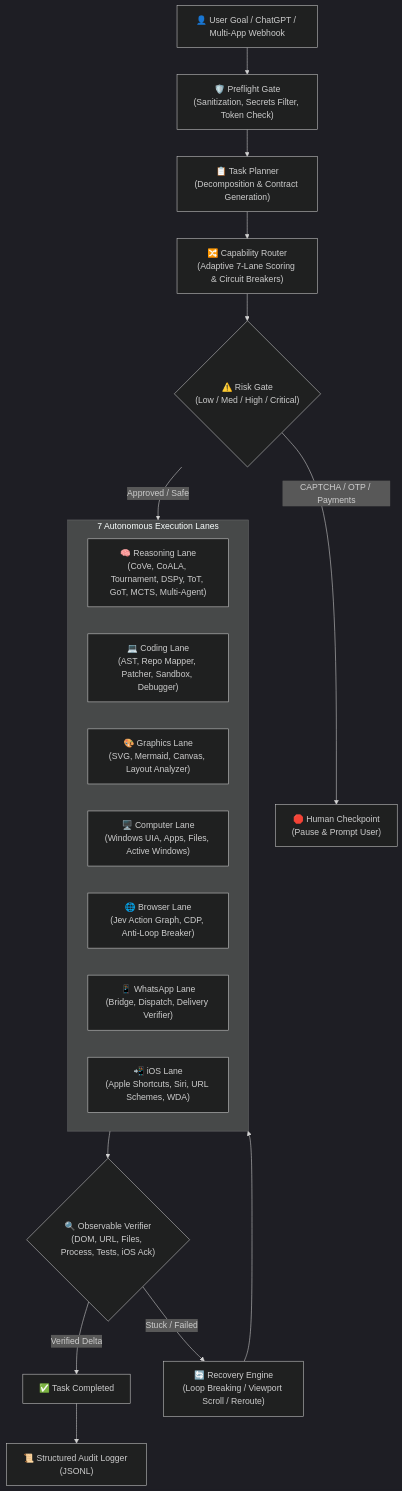
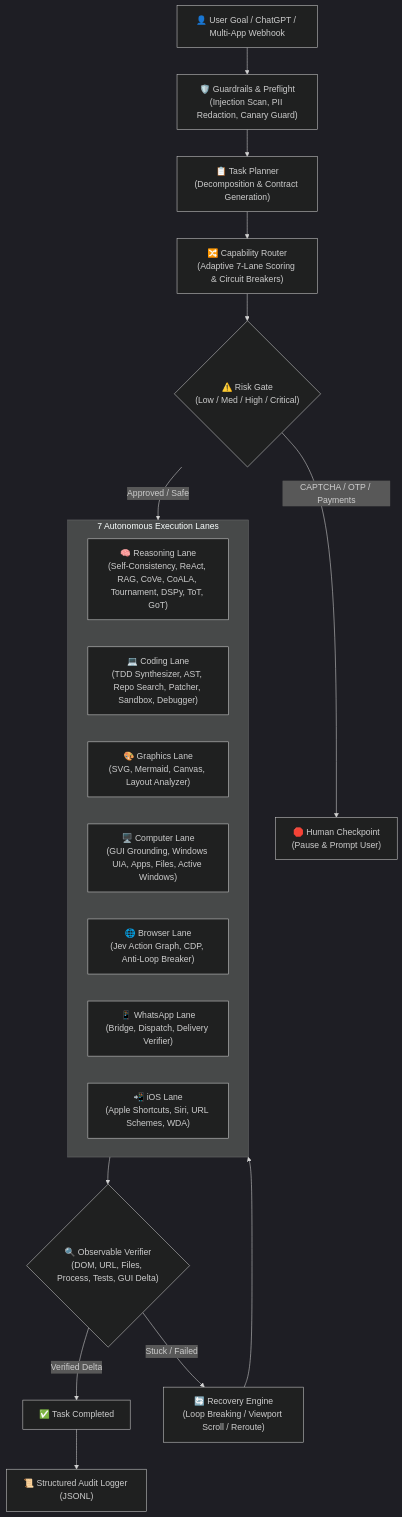
The diagram in README.md (kosif199022-jpg/think), drawn with Mermaid (dark theme) before and after one commit. The commit also changed other lines of this file and 19 other files, not shown here.

Commit message:
feat: Add Self-Consistency, ReAct, Agentic RAG, Workspace Search, TDD Synthesizer, GUI Grounding, DAG Workflows, and AI Guardrails (52 tests passing)

````diff
--- a/README.md
+++ b/README.md
@@ -31,27 +66,27 @@
 ```mermaid
 flowchart TD
-    User["👤 User Goal / ChatGPT / Multi-App Webhook"] --> Preflight["🛡️ Preflight Gate<br/>(Sanitization, Secrets Filter, Token Check)"]
-    Preflight --> Planner["📋 Task Planner<br/>(Decomposition & Contract Generation)"]
+    User["👤 User Goal / ChatGPT / Multi-App Webhook"] --> Guard["🛡️ Guardrails & Preflight<br/>(Injection Scan, PII Redaction, Canary Guard)"]
+    Guard --> Planner["📋 Task Planner<br/>(Decomposition & Contract Generation)"]
     Planner --> Router["🔀 Capability Router<br/>(Adaptive 7-Lane Scoring & Circuit Breakers)"]
     Router --> RiskGate{"⚠️ Risk Gate<br/>(Low / Med / High / Critical)"}
     
     RiskGate -- "CAPTCHA / OTP / Payments" --> Checkpoint["🛑 Human Checkpoint<br/>(Pause & Prompt User)"]
     RiskGate -- "Approved / Safe" --> Lanes["🚀 7 Execution Lanes"]
     
     subgraph Lanes["7 Autonomous Execution Lanes"]
-        L1["🧠 Reasoning Lane<br/>(CoVe, CoALA, Tournament, DSPy, ToT, GoT, MCTS, Multi-Agent)"]
-        L2["💻 Coding Lane<br/>(AST, Repo Mapper, Patcher, Sandbox, Debugger)"]
+        L1["🧠 Reasoning Lane<br/>(Self-Consistency, ReAct, RAG, CoVe, CoALA, Tournament, DSPy, ToT, GoT)"]
+        L2["💻 Coding Lane<br/>(TDD Synthesizer, AST, Repo Search, Patcher, Sandbox, Debugger)"]
         L3["🎨 Graphics Lane<br/>(SVG, Mermaid, Canvas, Layout Analyzer)"]
-        L4["🖥️ Computer Lane<br/>(Windows UIA, Apps, Files, Active Windows)"]
+        L4["🖥️ Computer Lane<br/>(GUI Grounding, Windows UIA, Apps, Files, Active Windows)"]
         L5["🌐 Browser Lane<br/>(Jev Action Graph, CDP, Anti-Loop Breaker)"]
         L6["📱 WhatsApp Lane<br/>(Bridge, Dispatch, Delivery Verifier)"]
         L7["📲 iOS Lane<br/>(Apple Shortcuts, Siri, URL Schemes, WDA)"]
     end
     
-    Lanes --> Verifier{"🔍 Observable Verifier<br/>(DOM, URL, Files, Process, Tests, iOS Ack)"}
+    Lanes --> Verifier{"🔍 Observable Verifier<br/>(DOM, URL, Files, Process, Tests, GUI Delta)"}
     Verifier -- "Verified Delta" --> Success["✅ Task Completed"]
     Verifier -- "Stuck / Failed" --> Recovery["🔄 Recovery Engine<br/>(Loop Breaking / Viewport Scroll / Reroute)"]
     Recovery --> Lanes
     
     Success --> Audit["📜 Structured Audit Logger (JSONL)"]
 ```
````
